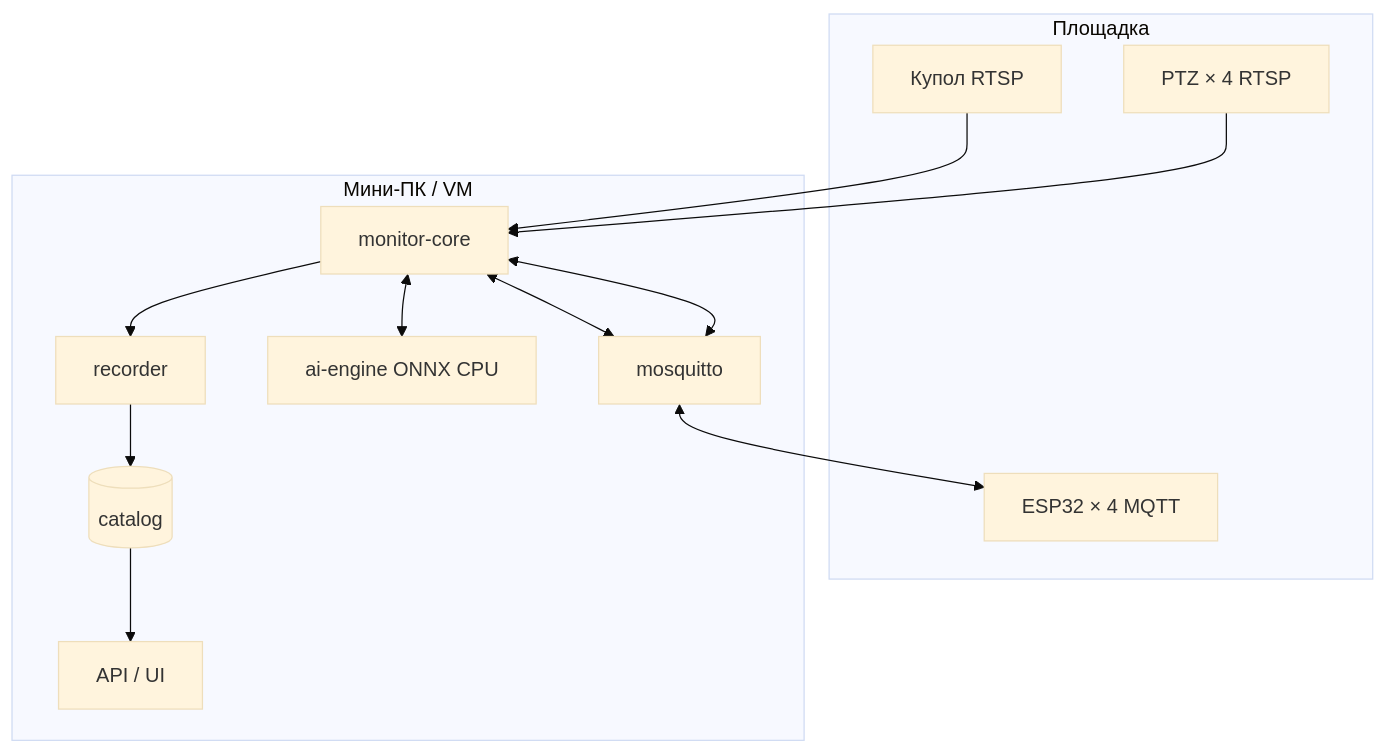
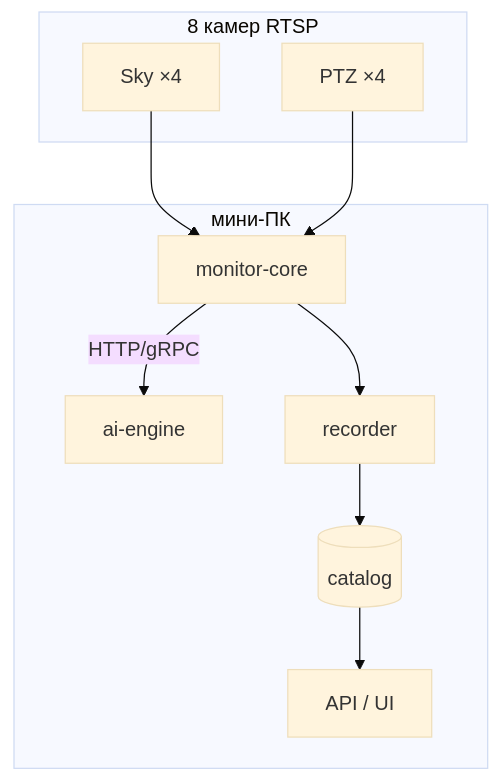
Before and after one commit to Andry495/Dron_monitoring: the third of 3 diagrams in README.md, drawn with Mermaid (base theme). The commit also changed other lines of this file and 39 other files, not shown here.

First line of the commit message:
Align documentation with v1 kit: 4 sky + 4 PTZ ONVIF, separate ai-engine.

````diff
--- a/README.md
+++ b/README.md
@@ -178,26 +153,19 @@
 ```mermaid
 flowchart TB
-    subgraph Edge["Площадка"]
-        C0[Купол RTSP]
-        C1[PTZ × 4 RTSP]
-        E[ESP32 × 4 MQTT]
+    subgraph Cams["8 камер RTSP"]
+        S[Sky ×4]
+        P[PTZ ×4]
     end
 
-    subgraph MiniPC["Мини-ПК / VM"]
-        M[mosquitto]
+    subgraph MiniPC["мини-ПК"]
         Core[monitor-core]
-        AI[ai-engine ONNX CPU]
+        AI[ai-engine]
         Rec[recorder]
         DB[(catalog)]
         API[API / UI]
-
-        M <--> Core
-        Core <--> AI
-        Core --> Rec --> DB
-        DB --> API
+        Core -->|HTTP/gRPC| AI
+        Core --> Rec --> DB --> API
     end
 
-    C0 & C1 --> Core
-    Core <--> M
-    M <--> E
+    S & P --> Core
 ```
````
